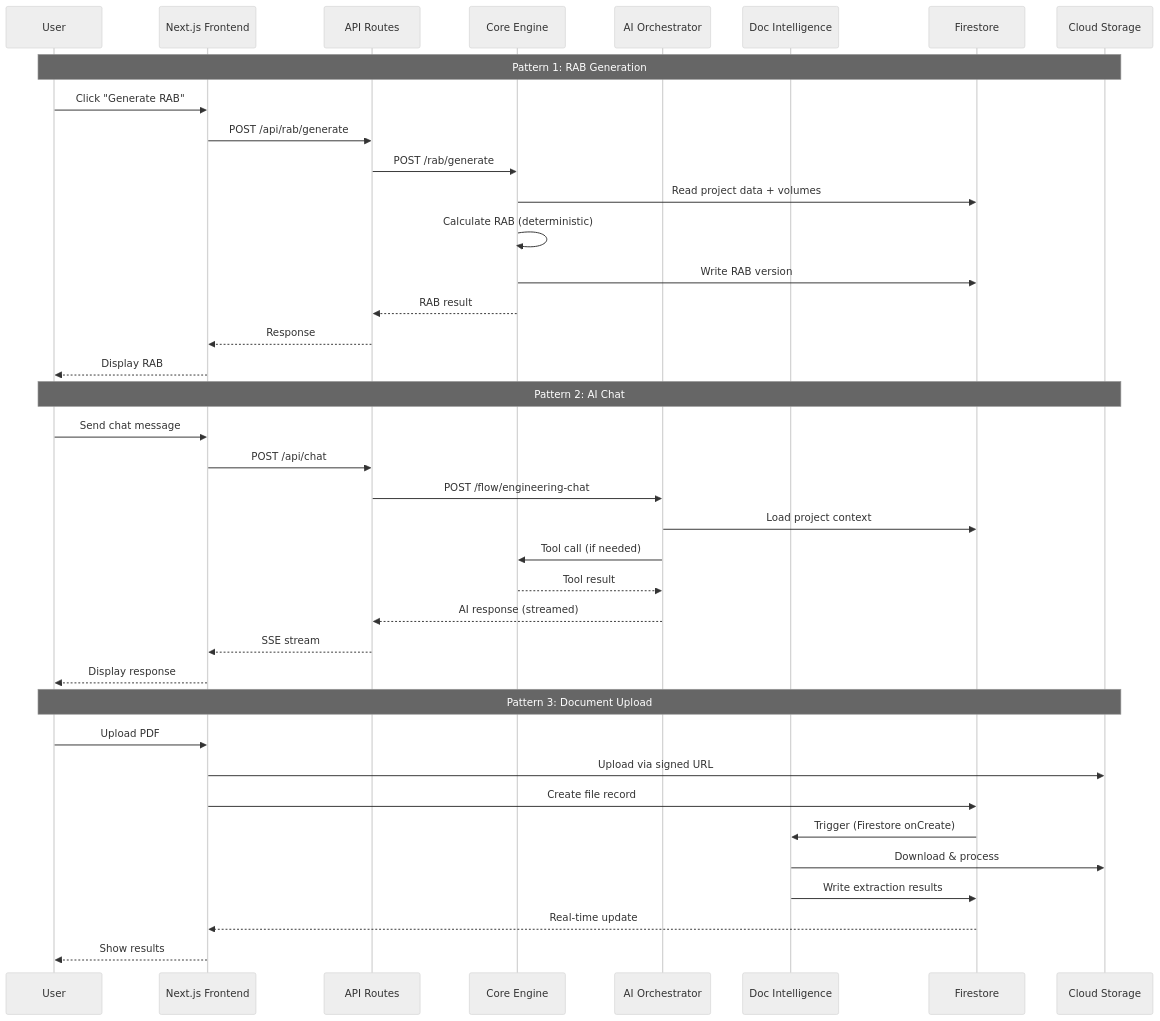
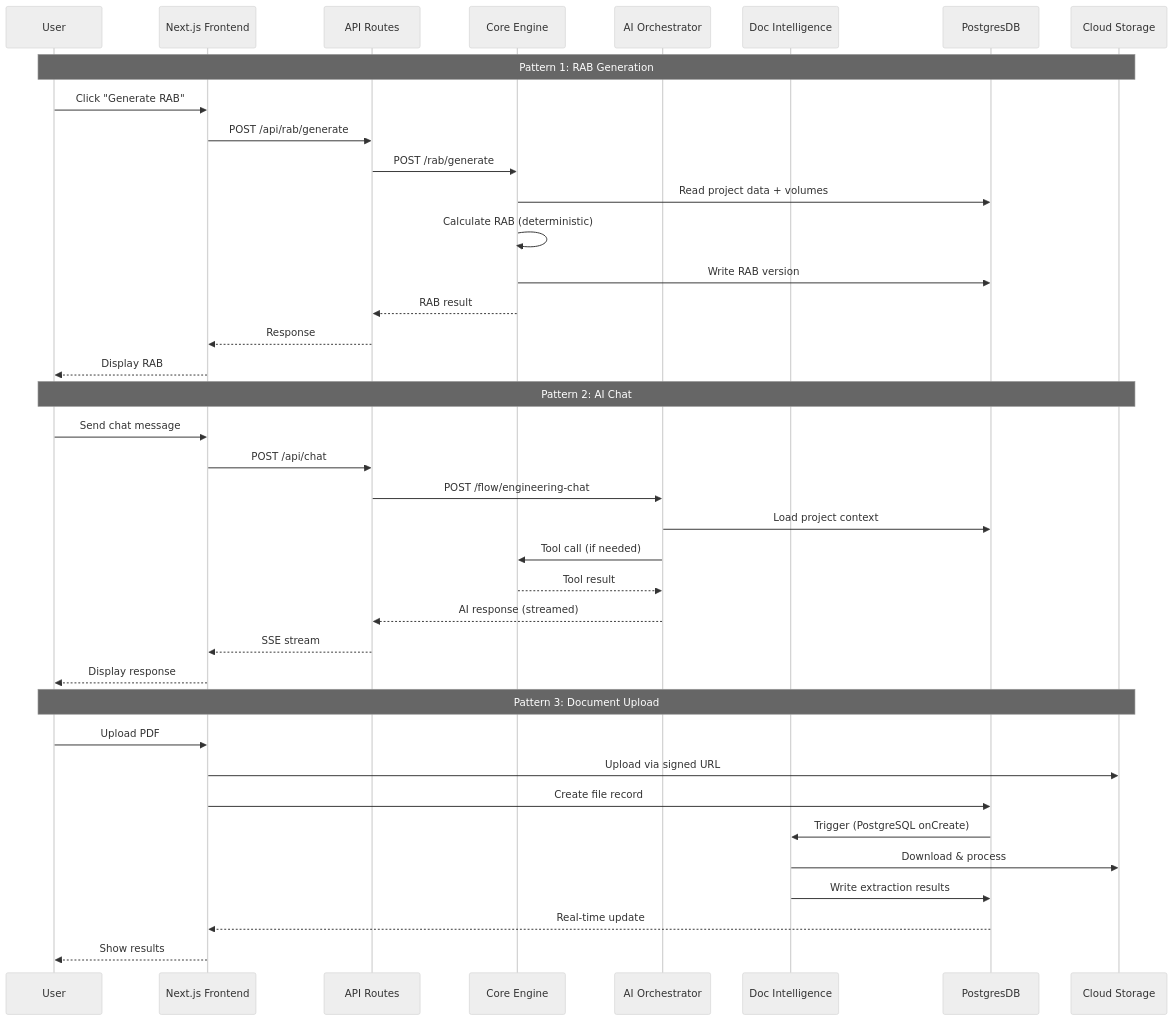
The second of 5 diagrams in docs/architecture/system-overview.md (Wisnu8aji/paax-ai), drawn with Mermaid (neutral theme) before and after one commit. The commit also changed other lines of this file, not shown here.

Commit message:
docs(di): update system-overview.md architecture references

````diff
--- a/docs/architecture/system-overview.md
+++ b/docs/architecture/system-overview.md
@@ -174,43 +174,43 @@
 ```mermaid
 sequenceDiagram
     participant User
     participant Web as Next.js Frontend
     participant API as API Routes
     participant Core as Core Engine
     participant Orch as AI Orchestrator
     participant DI as Doc Intelligence
-    participant DB as Firestore
+    participant DB as PostgresDB
     participant GCS as Cloud Storage
 
     Note over User,GCS: Pattern 1: RAB Generation
     User->>Web: Click "Generate RAB"
     Web->>API: POST /api/rab/generate
     API->>Core: POST /rab/generate
     Core->>DB: Read project data + volumes
     Core->>Core: Calculate RAB (deterministic)
     Core->>DB: Write RAB version
     Core-->>API: RAB result
     API-->>Web: Response
     Web-->>User: Display RAB
 
     Note over User,GCS: Pattern 2: AI Chat
     User->>Web: Send chat message
     Web->>API: POST /api/chat
     API->>Orch: POST /flow/engineering-chat
     Orch->>DB: Load project context
     Orch->>Core: Tool call (if needed)
     Core-->>Orch: Tool result
     Orch-->>API: AI response (streamed)
     API-->>Web: SSE stream
     Web-->>User: Display response
 
     Note over User,GCS: Pattern 3: Document Upload
     User->>Web: Upload PDF
     Web->>GCS: Upload via signed URL
     Web->>DB: Create file record
-    DB->>DI: Trigger (Firestore onCreate)
+    DB->>DI: Trigger (PostgreSQL onCreate)
     DI->>GCS: Download & process
     DI->>DB: Write extraction results
     DB-->>Web: Real-time update
     Web-->>User: Show results
 ```
````
